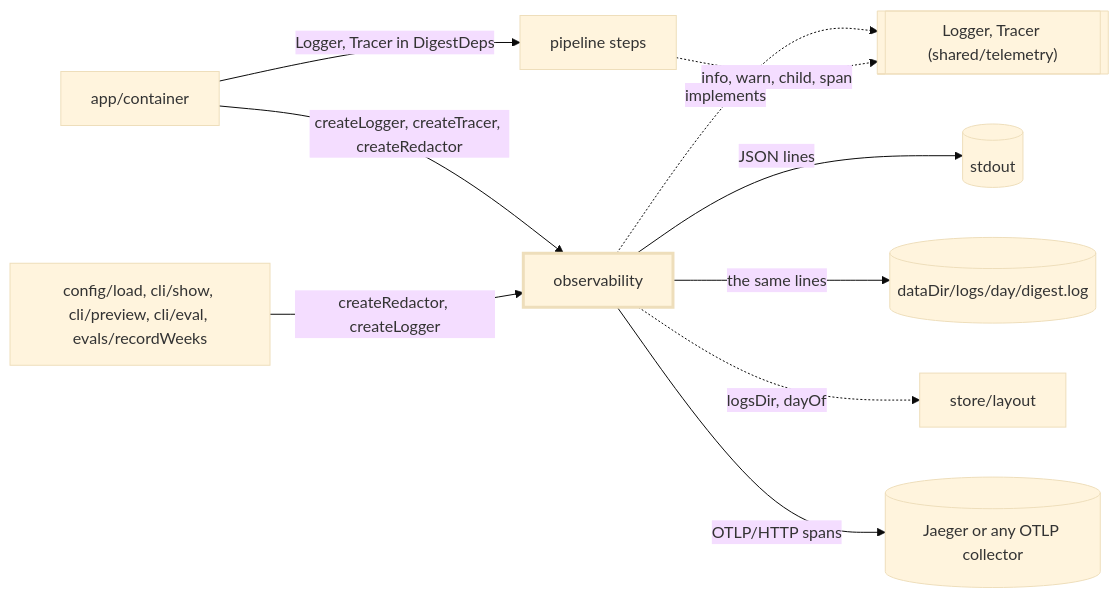
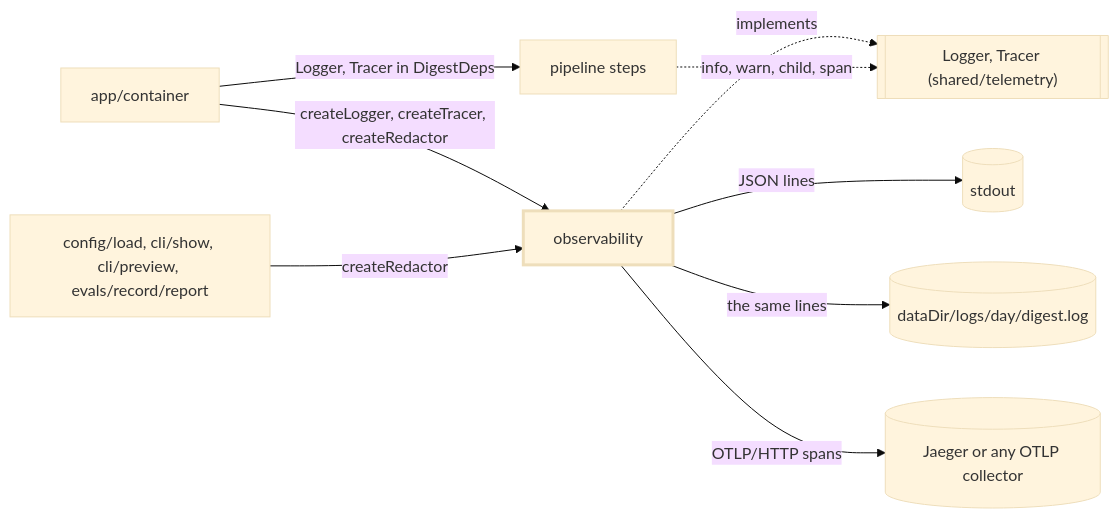
The first of 2 diagrams in src/observability/CLAUDE.md (odere-pro/weekly-engineering-digest-agent), drawn with Mermaid (base theme) before and after one commit. The commit also changed other lines of this file and 119 other files, not shown here.

````diff
--- a/src/observability/CLAUDE.md
+++ b/src/observability/CLAUDE.md
@@ -10,13 +10,11 @@
 ```mermaid
 flowchart LR
   container["app/container"] -->|"createLogger, createTracer, createRedactor"| obs["observability"]:::focus
-  others["config/load, cli/show, cli/preview, cli/eval, evals/recordWeeks"] -->|"createRedactor, createLogger"| obs
+  others["config/load, cli/show, cli/preview, evals/record/report"] -->|"createRedactor"| obs
   obs -.->|"implements"| telemetry[["Logger, Tracer (shared/telemetry)"]]
-  container -->|"Logger, Tracer in DigestDeps"| pipeline["pipeline steps"]
-  pipeline -.->|"info, warn, child, span"| telemetry
+  container -->|"Logger, Tracer in DigestDeps"| pipeline["pipeline steps"] -.->|"info, warn, child, span"| telemetry
   obs -->|"JSON lines"| stdout[("stdout")]
   obs -->|"the same lines"| logfile[("dataDir/logs/day/digest.log")]
-  obs -.->|"logsDir, dayOf"| layout["store/layout"]
   obs -->|"OTLP/HTTP spans"| otlp[("Jaeger or any OTLP collector")]
   classDef focus stroke-width:3px
 ```
````
